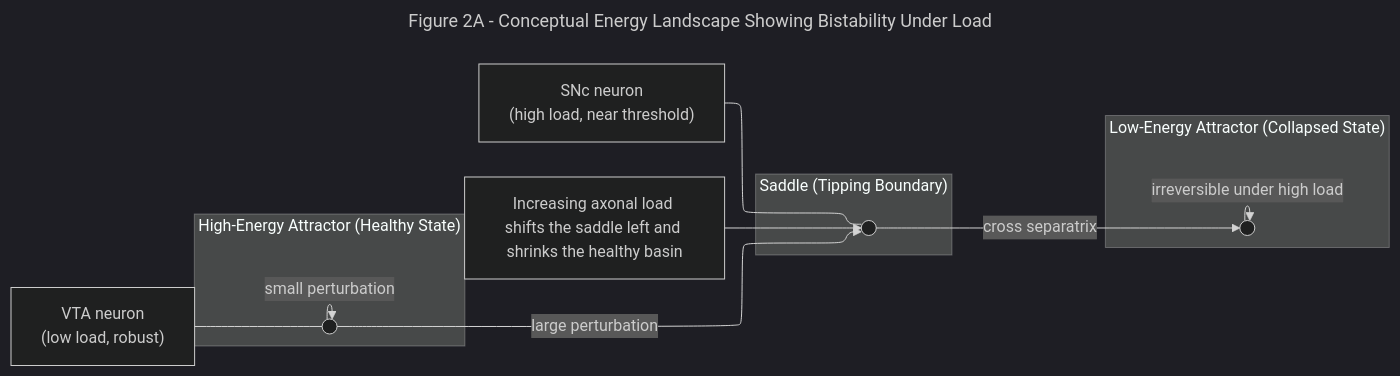
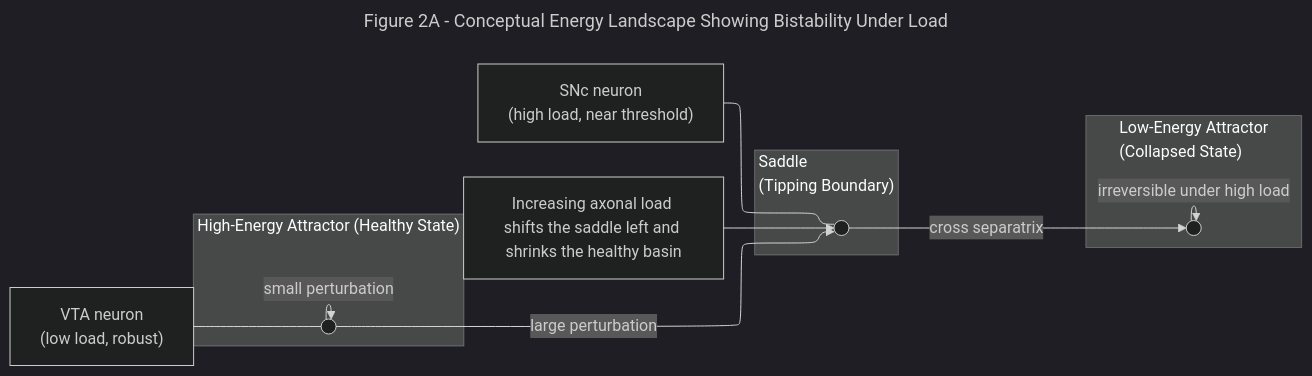
One commit to MaxAnfilofyev/parkinsons-ec3-model changed the second of 2 diagrams in Manuscript/pd_cleaned.md. Above: the diagram before and after it, drawn with Mermaid (dark theme). The commit also changed other lines of this file and 1 other file, not shown here.

First line of the commit message:
docs(manuscript): clarify bistable energy landscape dynamics

````diff
--- a/Manuscript/pd_cleaned.md
+++ b/Manuscript/pd_cleaned.md
@@ -123,38 +121,40 @@
 ```mermaid
 ---
 title: Figure 2A - Conceptual Energy Landscape Showing Bistability Under Load
 config:
   layout: elk
 ---
 flowchart LR
 
     %% Basins
     subgraph Healthy["High-Energy Attractor (Healthy State)"]
         H(( ))
     end
 
-    subgraph Saddle["Saddle (Tipping Boundary)"]
+    subgraph Saddle["Saddle 
+    (Tipping Boundary)"]
         S(( ))
     end
 
-    subgraph Collapsed["Low-Energy Attractor (Collapsed State)"]
+    subgraph Collapsed["Low-Energy Attractor 
+    (Collapsed State)"]
         C(( ))
     end
 
     %% Flow directions
     H -->|"small perturbation"| H
     H -->|"large perturbation"| S
     S -->|"cross separatrix"| C
     C -->|"irreversible under high load"| C
 
     %% Neuron types
     VTA["VTA neuron 
     (low load, robust)"] --- H
     SNc["SNc neuron 
     (high load, near threshold)"] --- S
 
     %% Load axis annotation
     A_increase["Increasing axonal load shifts the saddle left and shrinks the healthy basin"]
     A_increase ----> S
 
 ```
````
